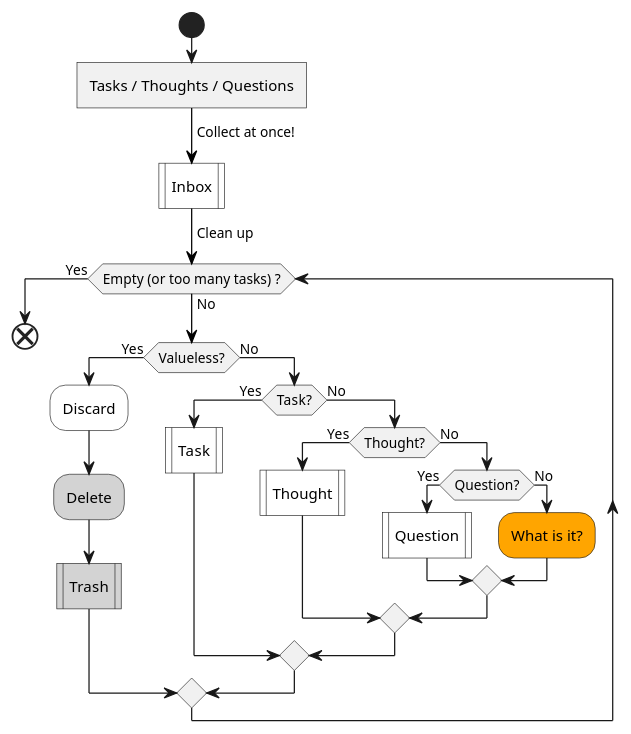
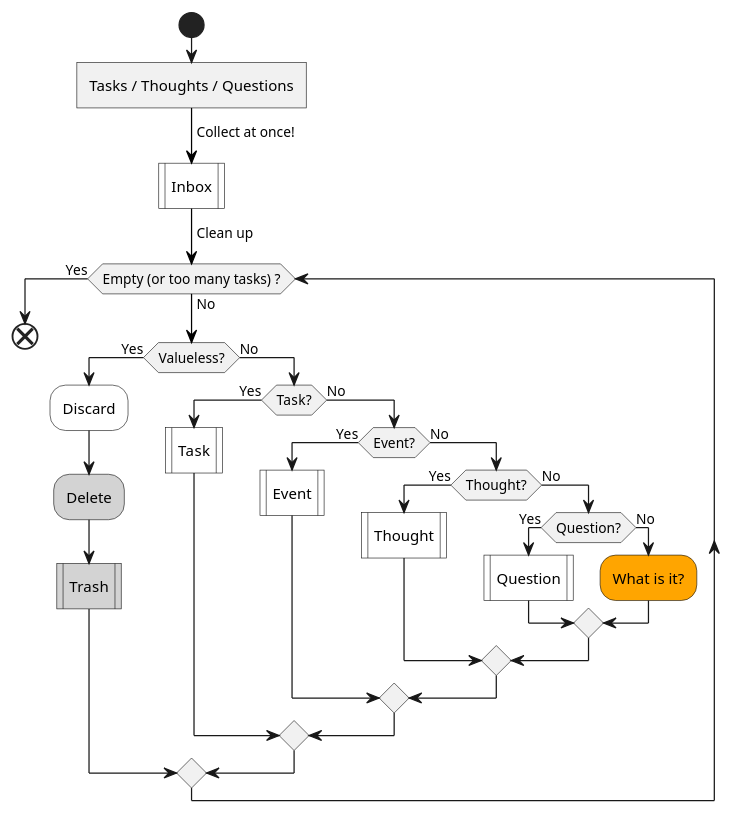
One commit to IceHe/icehe-lib changed the first of 4 diagrams in lifelogs/rehabilitation.md. Above: the diagram before and after it, drawn with PlantUML. The commit also changed other lines of this file, not shown here.

Commit message:
2020-12-17 20:17:14 Thu

````diff
--- a/lifelogs/rehabilitation.md
+++ b/lifelogs/rehabilitation.md
@@ -185,31 +185,35 @@
 ```plantuml
 @startuml
 start
 :Tasks / Thoughts / Questions]
 -[#black]-> Collect at once!;
 #white:Inbox|
 -[#black]-> Clean up;
 while (Empty (or too many tasks) ?) is (No)
     if (Valueless?) then (Yes)
         #white:Discard;
         #lightGray:Delete;
         #lightGray:Trash|
     else (No)
         if (Task?) then (Yes)
             #white:Task|
         else (No)
-            if (Thought?) then (Yes)
-                #white:Thought|
+            if (Event?) then (Yes)
+                #white:Event|
             else (No)
-                if (Question?) then (Yes)
-                    #white:Question|
+                if (Thought?) then (Yes)
+                    #white:Thought|
                 else (No)
-                    #orange:What is it?;
+                    if (Question?) then (Yes)
+                        #white:Question|
+                    else (No)
+                        #orange:What is it?;
+                    endif
                 endif
             endif
         endif
     endif
 endwhile (Yes)
 end
 @enduml
 ```
````
